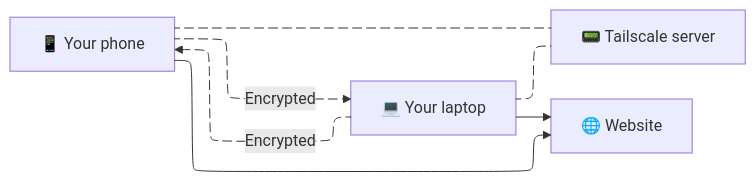
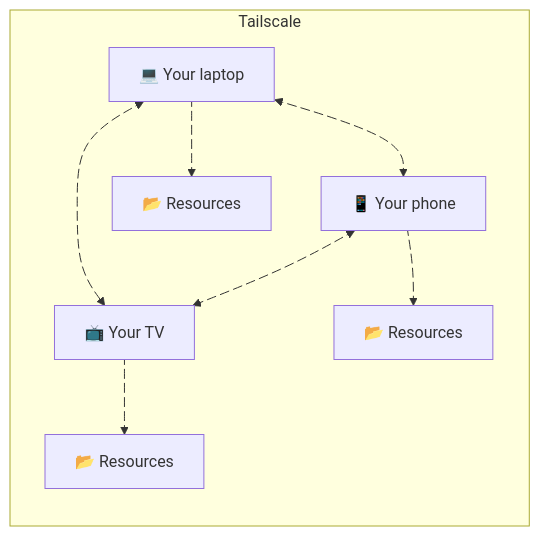
One commit to maxime-filippini/personal-site-contents changed the fourth of 4 diagrams in posts/simple-deployment-for-personal-apps.md. Above: the diagram before and after it, drawn with Mermaid. The commit also changed other lines of this file, not shown here.

````diff
--- a/posts/simple-deployment-for-personal-apps.md
+++ b/posts/simple-deployment-for-personal-apps.md
@@ -44,17 +99,33 @@
 ```mermaid
-flowchart-elk LR
-    A[💻 Your laptop] e1@--- B[📟 Tailscale server]
-    C[📱 Your phone] e2@--- B
-    A e3@--> D[🌐 Website]
-    C e4@--> D
-    
-    A e5@-->|Encrypted| C
-    C e6@-->|Encrypted| A    
+flowchart LR
+    subgraph "Tailscale"
+
+    AA[💻 Your laptop]
+    AAR[📂 Resources]
+
+    CC[📱 Your phone]
+    CCR[📂 Resources]
+
+    DD[📺 Your TV]
+    DDR[📂 Resources]
+
+
+    AA e1@<--> CC
+    AA e2@<--> DD
+    CC e3@<--> DD
 
     e1@{ animate: true }
     e2@{ animate: true }
-    e3@{ animate: false } 
-    e4@{ animate: false } 
-    e5@{ animate: true } 
-    e6@{ animate: true }  
+    e3@{ animate: true }
+    
+    AA e4@--> AAR
+    CC e5@--> CCR
+    DD e6@--> DDR
+
+    e4@{ animate: true }
+    e5@{ animate: true }
+    e6@{ animate: true }
+
+    end
+
 ```
````
